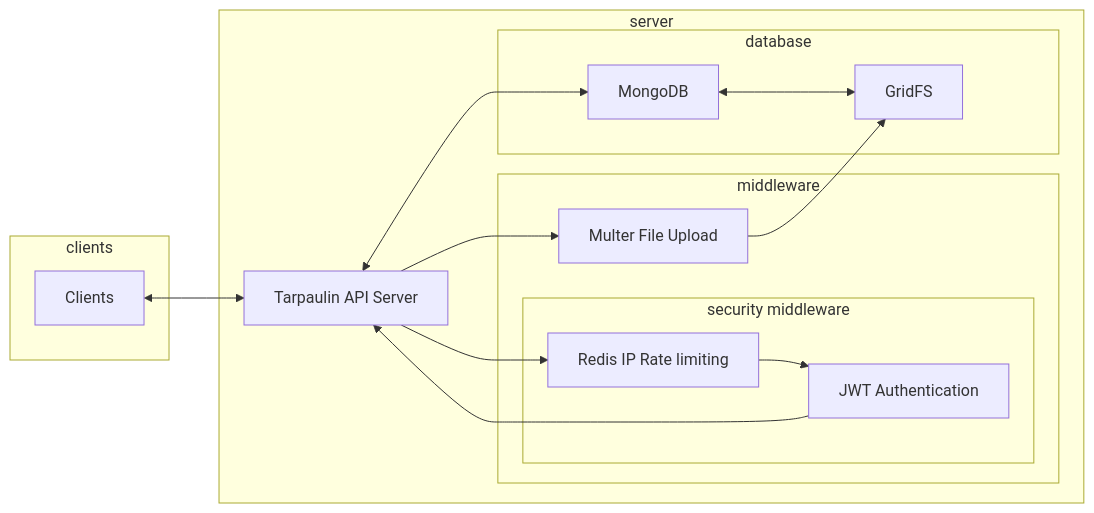
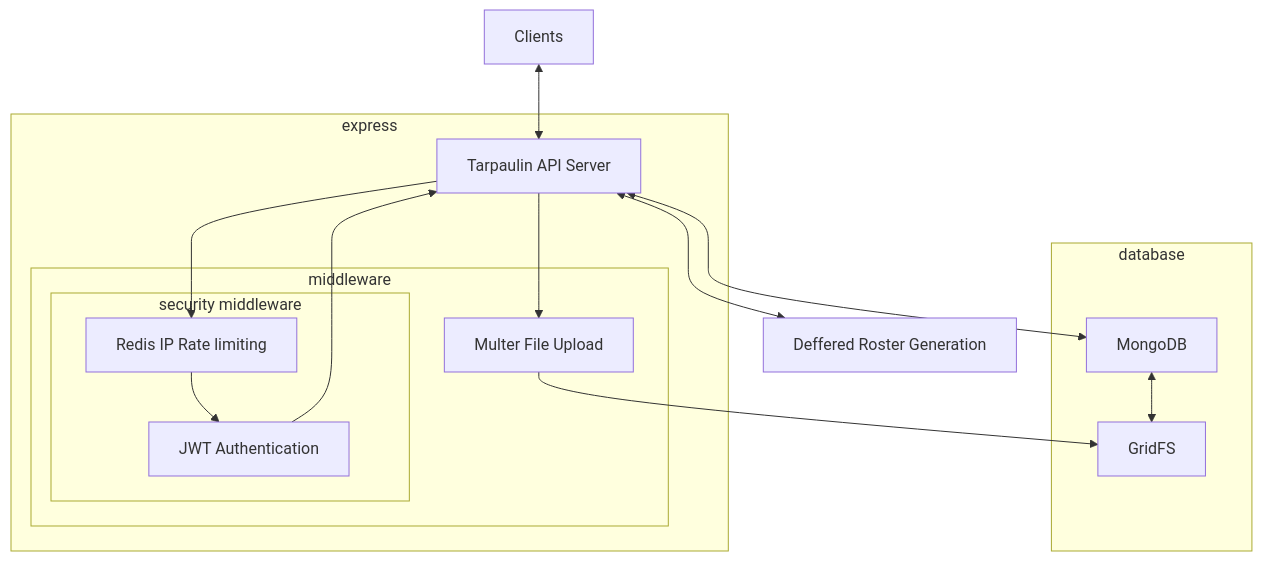
Before and after one commit to voermanr/cs493-project-tarpaulin: the diagram in api_arch_diagram.md, drawn with Mermaid.

Commit message:
Added deffered roster gen

````diff
--- a/api_arch_diagram.md
+++ b/api_arch_diagram.md
@@ -1,30 +1,30 @@
 ```mermaid
-graph LR
-    subgraph clients
+graph TD
         CLIENT[Clients]
-    end
     
-    subgraph server
+    subgraph express
         API[Tarpaulin API Server]
         subgraph middleware
             subgraph security middleware
                 IP_LIMIT[Redis IP Rate limiting]
                 AUTH[JWT Authentication]
             end
             UPLOAD[Multer File Upload]
         end
-        subgraph database
-            DB[MongoDB]
-            FILE_DB[GridFS]
-        end
     end
+    subgraph database
+        DB[MongoDB]
+        FILE_DB[GridFS]
+    end
+    ROSTER[Deffered Roster Generation]
     
     CLIENT <--> API
     API --> IP_LIMIT
     IP_LIMIT --> AUTH
     AUTH --> API
     API <--> DB
     DB <--> FILE_DB
     API --> UPLOAD
     UPLOAD --> FILE_DB
+    API <--> ROSTER
 ```
````
